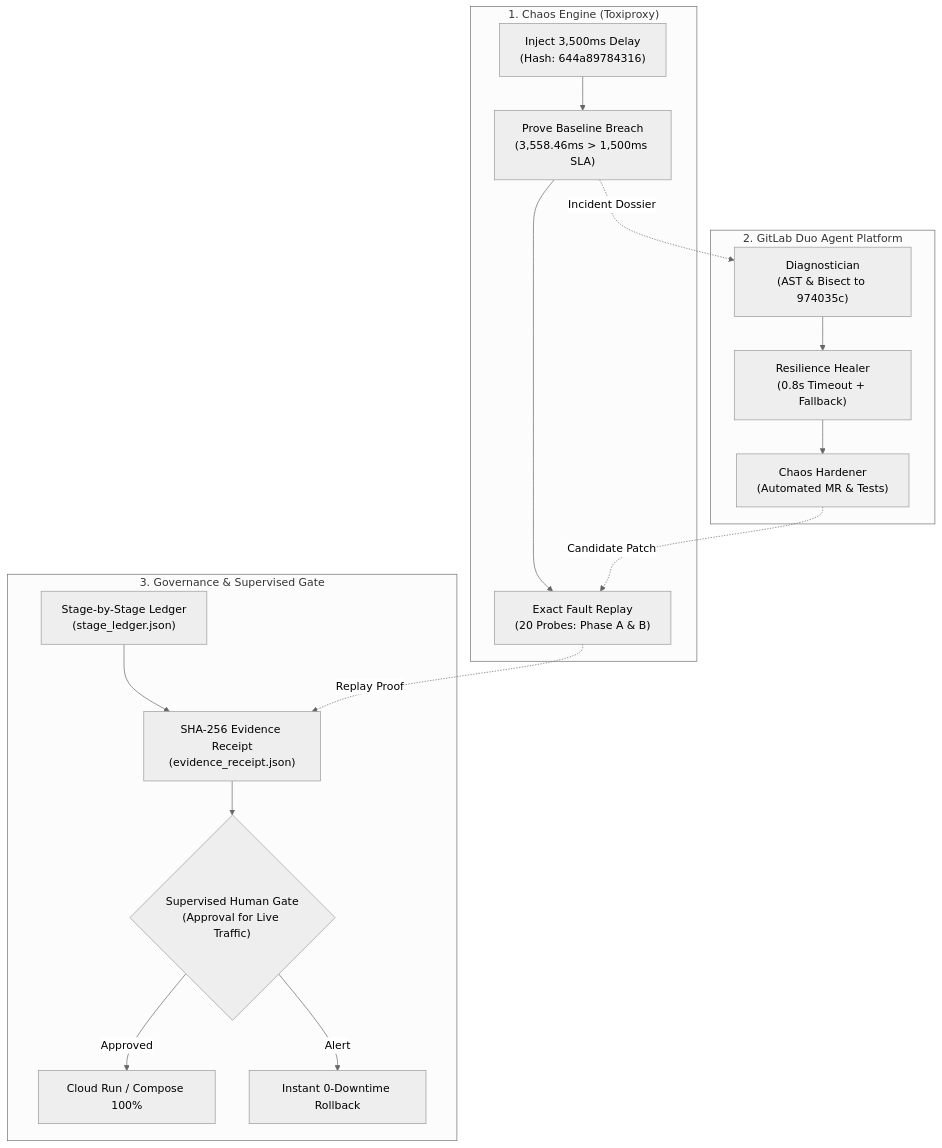
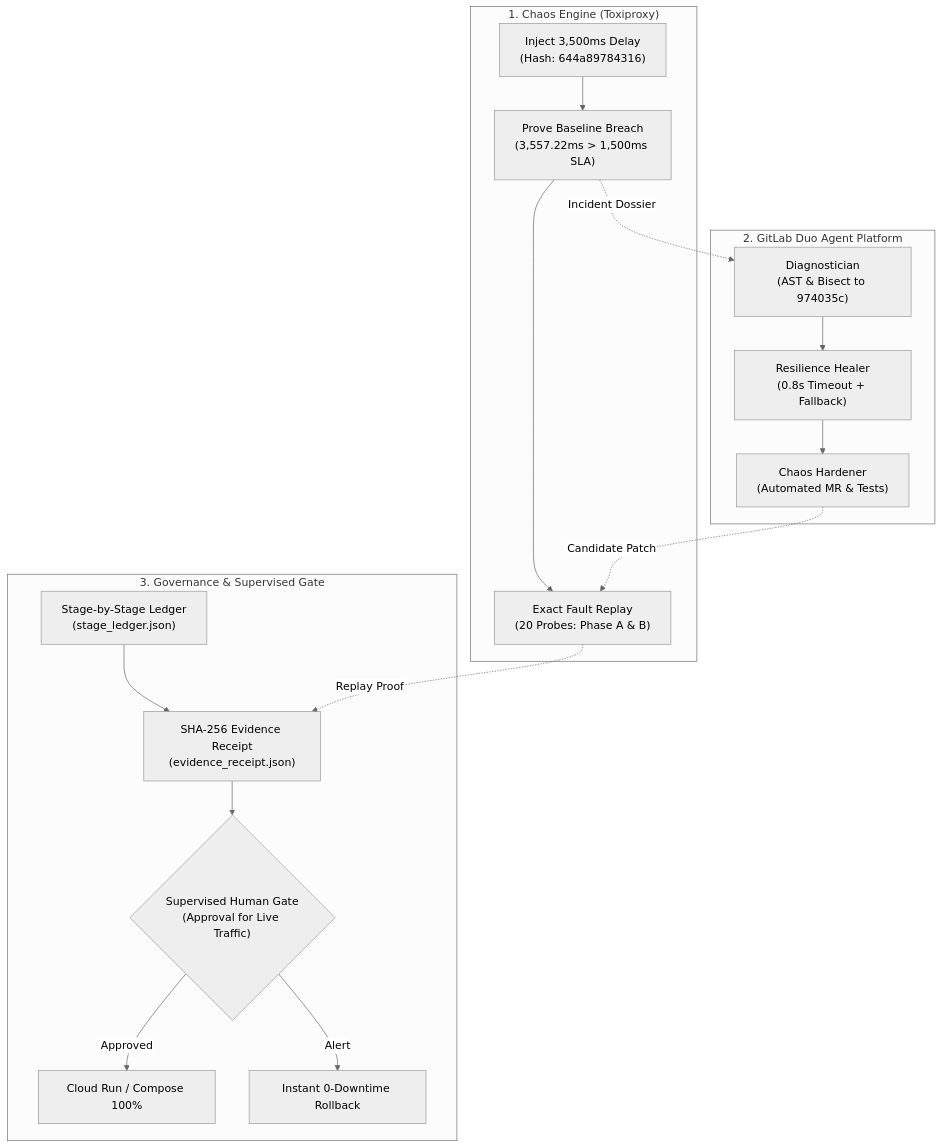
The second of 3 diagrams in README.md (rajpriyanid-creator/faultforge), drawn with Mermaid (neutral theme) before and after one commit. The commit also changed other lines of this file and 19 other files, not shown here.

````diff
--- a/README.md
+++ b/README.md
@@ -151,23 +151,23 @@
 ```mermaid
 flowchart TD
     subgraph Swimlane1["1. Chaos Engine (Toxiproxy)"]
-        C1["Inject 3,500ms Delay<br/>(Hash: 644a89784316)"] --> C2["Prove Baseline Breach<br/>(3,558.46ms > 1,500ms SLA)"]
+        C1["Inject 3,500ms Delay<br/>(Hash: 644a89784316)"] --> C2["Prove Baseline Breach<br/>(3,557.22ms > 1,500ms SLA)"]
         C2 --> C3["Exact Fault Replay<br/>(20 Probes: Phase A & B)"]
     end
 
     subgraph Swimlane2["2. GitLab Duo Agent Platform"]
         D1["Diagnostician<br/>(AST & Bisect to 974035c)"] --> D2["Resilience Healer<br/>(0.8s Timeout + Fallback)"]
         D2 --> D3["Chaos Hardener<br/>(Automated MR & Tests)"]
     end
 
     subgraph Swimlane3["3. Governance & Supervised Gate"]
         G1["Stage-by-Stage Ledger<br/>(stage_ledger.json)"] --> G2["SHA-256 Evidence Receipt<br/>(evidence_receipt.json)"]
         G2 --> G3{"Supervised Human Gate<br/>(Approval for Live Traffic)"}
         G3 -->|Approved| G4["Cloud Run / Compose 100%"]
         G3 -->|Alert| G5["Instant 0-Downtime Rollback"]
     end
 
     C2 -.->|Incident Dossier| D1
     D3 -.->|Candidate Patch| C3
     C3 -.->|Replay Proof| G2
 ```
````
